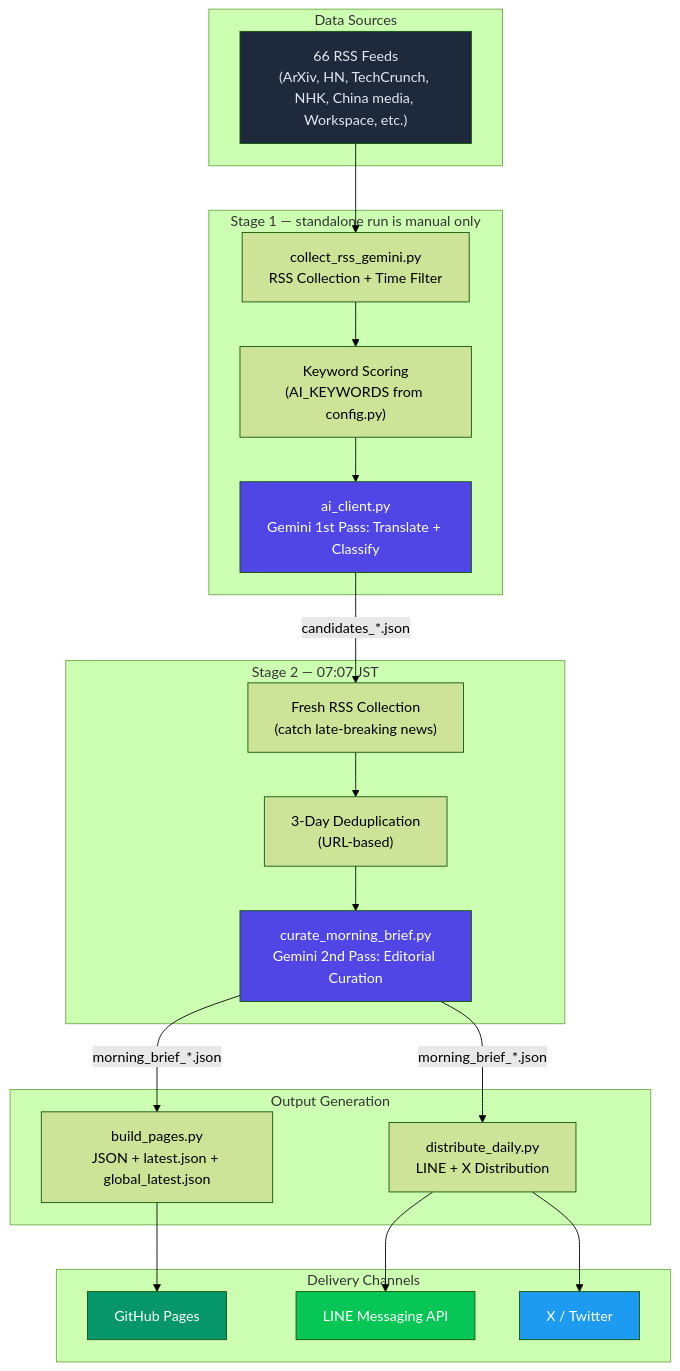
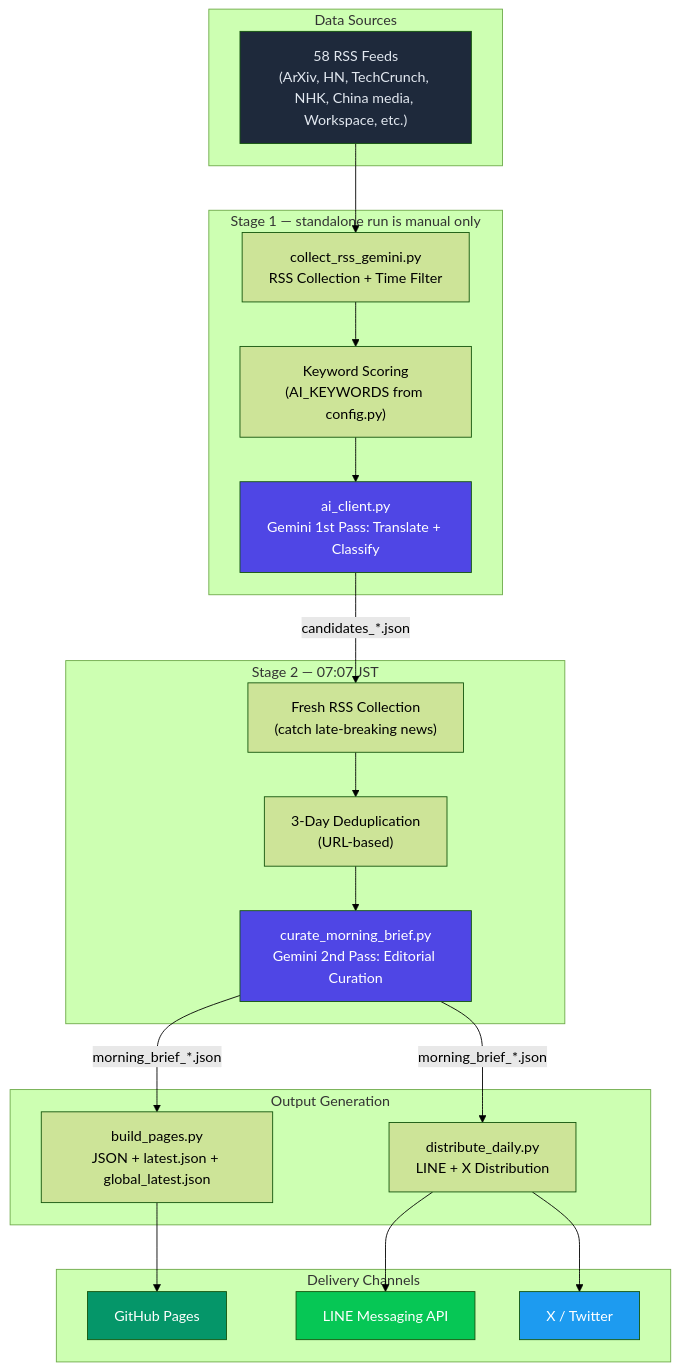
The diagram in README_EN.md (TadFuji/ai-news-bot), drawn with Mermaid (forest theme) before and after one commit. The commit also changed other lines of this file and 6 other files, not shown here.

Commit message:
fix: update broken RSS feeds and prune discontinued sources (66 -> 58)

````diff
--- a/README_EN.md
+++ b/README_EN.md
@@ -58,45 +58,45 @@
 ```mermaid
 graph TD
     subgraph "Data Sources"
-        RSS["66 RSS Feeds<br/>(ArXiv, HN, TechCrunch, NHK, China media, Workspace, etc.)"]
+        RSS["58 RSS Feeds<br/>(ArXiv, HN, TechCrunch, NHK, China media, Workspace, etc.)"]
     end
 
     subgraph "Stage 1 — standalone run is manual only"
         COLLECT["collect_rss_gemini.py<br/>RSS Collection + Time Filter"]
         SCORE["Keyword Scoring<br/>(AI_KEYWORDS from config.py)"]
         GEMINI1["ai_client.py<br/>Gemini 1st Pass: Translate + Classify"]
     end
 
     subgraph "Stage 2 — 07:07 JST"
         FRESH["Fresh RSS Collection<br/>(catch late-breaking news)"]
         DEDUP["3-Day Deduplication<br/>(URL-based)"]
         GEMINI2["curate_morning_brief.py<br/>Gemini 2nd Pass: Editorial Curation"]
     end
 
     subgraph "Output Generation"
         BUILD["build_pages.py<br/>JSON + latest.json + global_latest.json"]
         DIST["distribute_daily.py<br/>LINE + X Distribution"]
     end
 
     subgraph "Delivery Channels"
         WEB["GitHub Pages"]
         LINE["LINE Messaging API"]
         X["X / Twitter"]
     end
 
     RSS --> COLLECT --> SCORE --> GEMINI1
     GEMINI1 -->|"candidates_*.json"| FRESH
     FRESH --> DEDUP --> GEMINI2
     GEMINI2 -->|"morning_brief_*.json"| BUILD
     GEMINI2 -->|"morning_brief_*.json"| DIST
     BUILD --> WEB
     DIST --> LINE
     DIST --> X
 
     style RSS fill:#1e293b,color:#e2e8f0
     style GEMINI1 fill:#4f46e5,color:#fff
     style GEMINI2 fill:#4f46e5,color:#fff
     style WEB fill:#059669,color:#fff
     style LINE fill:#06c755,color:#fff
     style X fill:#1d9bf0,color:#fff
 ```
````
